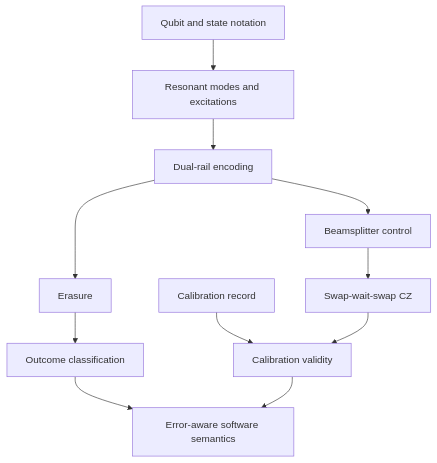
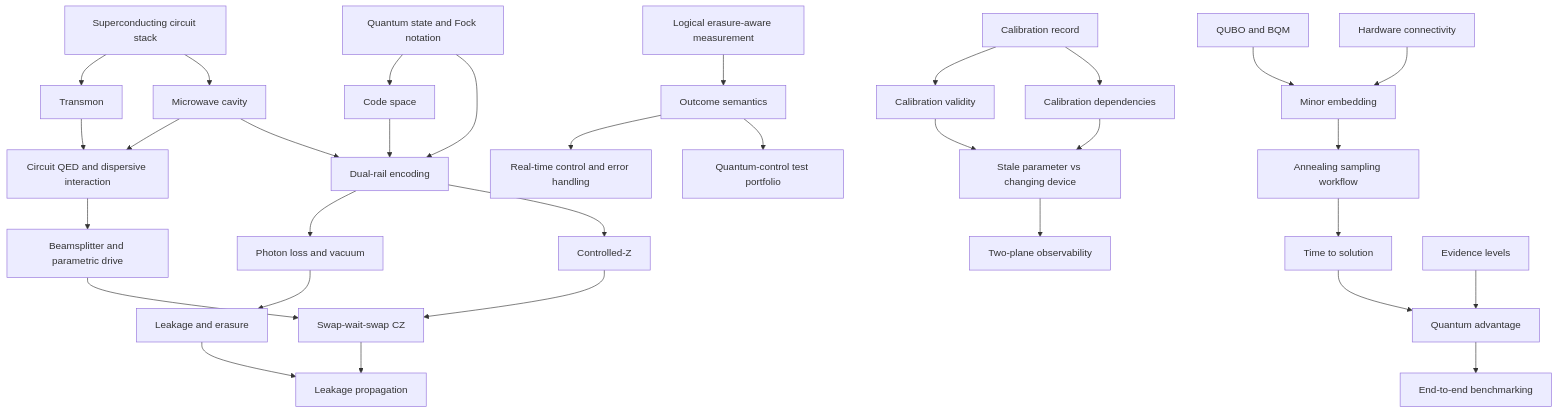
One commit to testedwonder/dualrail changed the diagram in knowledge/_meta/concept-map.md. Above: the diagram before and after it, drawn with Mermaid. The commit also changed other lines of this file and 83 other files, not shown here.

````diff
--- a/knowledge/_meta/concept-map.md
+++ b/knowledge/_meta/concept-map.md
@@ -55,13 +28,34 @@
 ```mermaid
 flowchart TD
-    Q[Qubit and state notation] --> R[Resonant modes and excitations]
-    R --> DR[Dual-rail encoding]
-    DR --> ER[Erasure]
-    DR --> BS[Beamsplitter control]
-    ER --> OM[Outcome classification]
-    BS --> CZ[Swap-wait-swap CZ]
-    CR[Calibration record] --> CV[Calibration validity]
-    CZ --> CV
-    OM --> ES[Error-aware software semantics]
-    CV --> ES
+    QS[Quantum state and Fock notation] --> CS[Code space]
+    SC[Superconducting circuit stack] --> T[Transmon]
+    SC --> MC[Microwave cavity]
+    T --> CQED[Circuit QED and dispersive interaction]
+    MC --> CQED
+    QS --> DR[Dual-rail encoding]
+    CS --> DR
+    MC --> DR
+    CQED --> BP[Beamsplitter and parametric drive]
+    DR --> PL[Photon loss and vacuum]
+    PL --> LE[Leakage and erasure]
+    DR --> CZ[Controlled-Z]
+    BP --> SWS[Swap-wait-swap CZ]
+    CZ --> SWS
+    SWS --> LP[Leakage propagation]
+    LE --> LP
+    LM[Logical erasure-aware measurement] --> OS[Outcome semantics]
+    OS --> RTC[Real-time control and error handling]
+    CAL[Calibration record] --> CV[Calibration validity]
+    CAL --> CD[Calibration dependencies]
+    CV --> STALE[Stale parameter vs changing device]
+    CD --> STALE
+    STALE --> OBS[Two-plane observability]
+    OS --> TEST[Quantum-control test portfolio]
+    QUBO[QUBO and BQM] --> EMB[Minor embedding]
+    CONN[Hardware connectivity] --> EMB
+    EMB --> WF[Annealing sampling workflow]
+    WF --> TTS[Time to solution]
+    EV[Evidence levels] --> QA[Quantum advantage]
+    TTS --> QA
+    QA --> E2E[End-to-end benchmarking]
 ```
````
